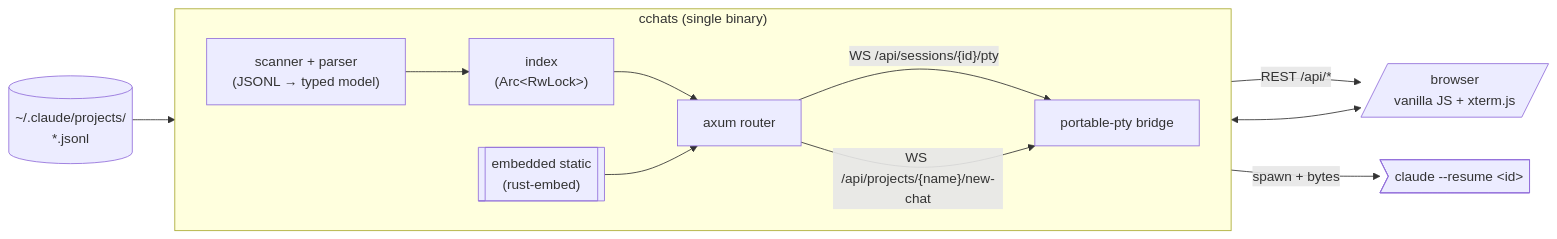
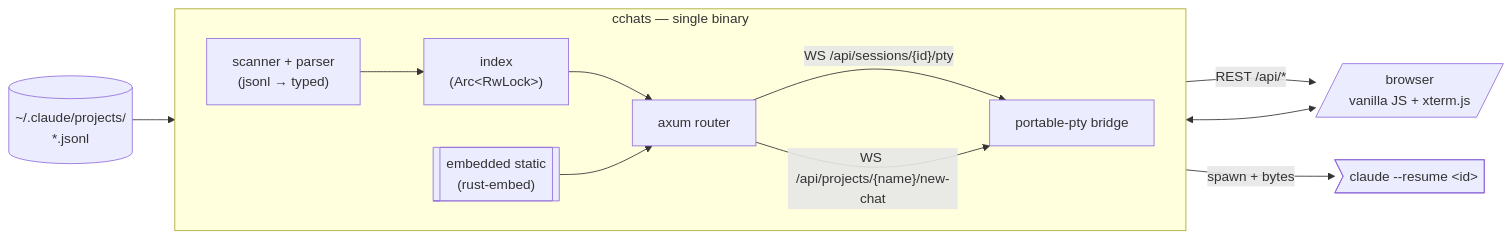
One commit to intjiraya/constellation changed the first of 2 diagrams in README.md. Above: the diagram before and after it, drawn with Mermaid. The commit also changed other lines of this file, not shown here.

````diff
--- a/README.md
+++ b/README.md
@@ -45,24 +113,22 @@
 ```mermaid
 flowchart LR
     disk[("~/.claude/projects/<br/>*.jsonl")]
-
-    subgraph backend["cchats (single binary)"]
+    subgraph backend["cchats — single binary"]
         direction LR
-        scan["scanner + parser<br/>(JSONL → typed model)"]
+        scan["scanner + parser<br/>(jsonl → typed)"]
         idx["index<br/>(Arc&lt;RwLock&gt;)"]
         api["axum router"]
         pty["portable-pty bridge"]
         assets[["embedded static<br/>(rust-embed)"]]
     end
-
     browser[/"browser<br/>vanilla JS + xterm.js"/]
     claude>"claude --resume &lt;id&gt;"]
 
     disk --> scan --> idx --> api
     assets --> api
     api -- "REST /api/*" --> browser
     api -- "WS /api/sessions/{id}/pty" --> pty
     api -- "WS /api/projects/{name}/new-chat" --> pty
     pty -- "spawn + bytes" --> claude
     pty <--> browser
 ```
````
